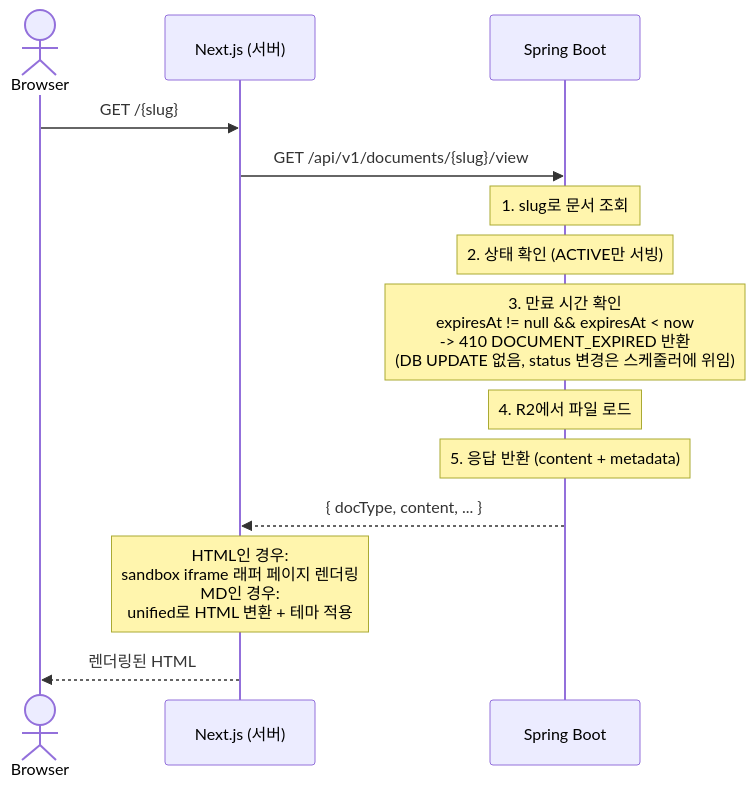
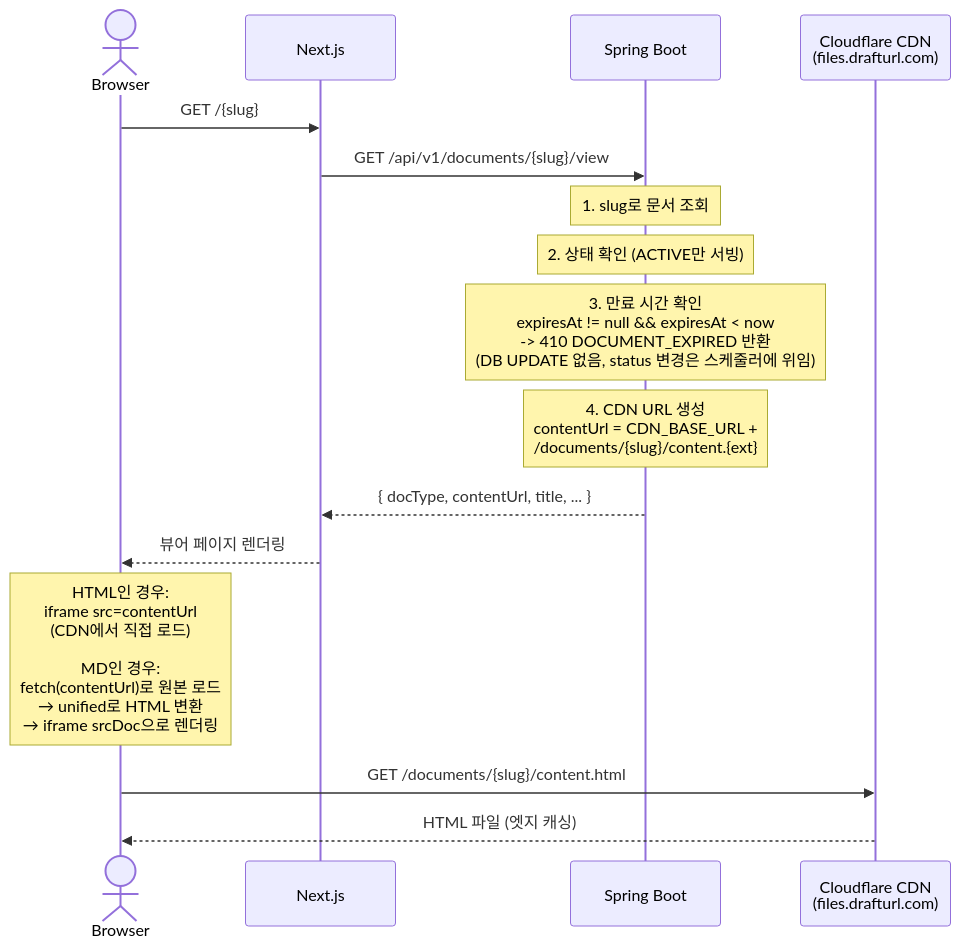
One commit to Bamdule/drafturl changed the second of 4 diagrams in docs/design/backend/logic.md. Above: the diagram before and after it, drawn with Mermaid. The commit also changed other lines of this file and 51 other files, not shown here.

````diff
--- a/docs/design/backend/logic.md
+++ b/docs/design/backend/logic.md
@@ -57,22 +59,25 @@
 ```mermaid
 sequenceDiagram
     actor Browser
-    participant NextJS as Next.js (서버)
+    participant NextJS as Next.js
     participant Spring as Spring Boot
+    participant CDN as Cloudflare CDN<br/>(files.drafturl.com)
 
     Browser->>NextJS: GET /{slug}
 
     NextJS->>Spring: GET /api/v1/documents/{slug}/view
 
     Note over Spring: 1. slug로 문서 조회
     Note over Spring: 2. 상태 확인 (ACTIVE만 서빙)
     Note over Spring: 3. 만료 시간 확인<br/>expiresAt != null && expiresAt < now<br/>-> 410 DOCUMENT_EXPIRED 반환<br/>(DB UPDATE 없음, status 변경은 스케줄러에 위임)
-    Note over Spring: 4. R2에서 파일 로드
-    Note over Spring: 5. 응답 반환 (content + metadata)
+    Note over Spring: 4. CDN URL 생성<br/>contentUrl = CDN_BASE_URL +<br/>/documents/{slug}/content.{ext}
 
-    Spring-->>NextJS: { docType, content, ... }
+    Spring-->>NextJS: { docType, contentUrl, title, ... }
 
-    Note over NextJS: HTML인 경우:<br/>sandbox iframe 래퍼 페이지 렌더링<br/>MD인 경우:<br/>unified로 HTML 변환 + 테마 적용
+    NextJS-->>Browser: 뷰어 페이지 렌더링
 
-    NextJS-->>Browser: 렌더링된 HTML
+    Note over Browser: HTML인 경우:<br/>iframe src=contentUrl<br/>(CDN에서 직접 로드)<br/><br/>MD인 경우:<br/>fetch(contentUrl)로 원본 로드<br/>→ unified로 HTML 변환<br/>→ iframe srcDoc으로 렌더링
+
+    Browser->>CDN: GET /documents/{slug}/content.html
+    CDN-->>Browser: HTML 파일 (엣지 캐싱)
 ```
````
